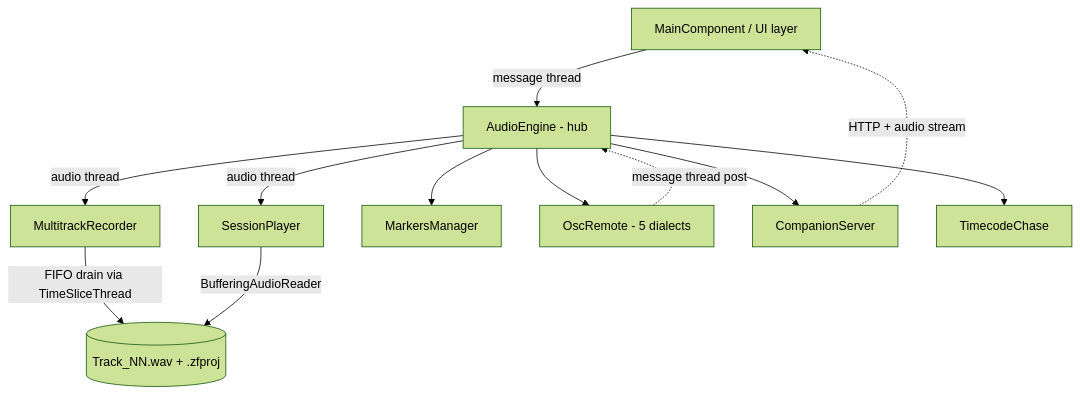
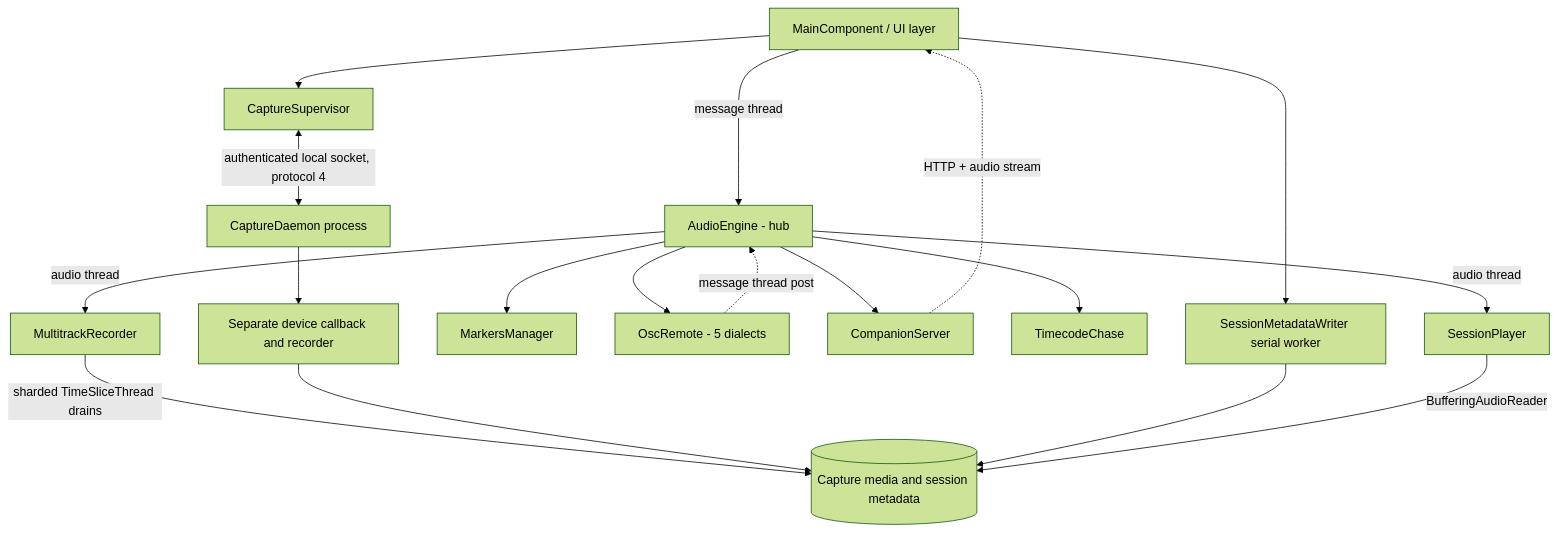
One commit to jeanpierreboutros-lang/ZynforgeRecording changed the first of 2 diagrams in architecture.md. Above: the diagram before and after it, drawn with Mermaid (forest theme). The commit also changed other lines of this file and 31 other files, not shown here.

````diff
--- a/architecture.md
+++ b/architecture.md
@@ -54,24 +64,30 @@
 ```mermaid
 graph TB
     UI[MainComponent / UI layer]
     Eng[AudioEngine - hub]
     Rec[MultitrackRecorder]
     Play[SessionPlayer]
     Mark[MarkersManager]
     OSC[OscRemote - 5 dialects]
     Net[CompanionServer]
     TC[TimecodeChase]
-    Disk[(Track_NN.wav + .zfproj)]
+    Disk[(Capture media and session metadata)]
 
     UI -->|message thread| Eng
     Eng -->|audio thread| Rec
     Eng -->|audio thread| Play
-    Rec -->|FIFO drain via TimeSliceThread| Disk
+    Rec -->|sharded TimeSliceThread drains| Disk
+    UI --> Supervisor[CaptureSupervisor]
+    Supervisor <-->|authenticated local socket, protocol 4| Daemon[CaptureDaemon process]
+    Daemon --> DaemonRec[Separate device callback and recorder]
+    DaemonRec --> Disk
+    UI --> Metadata[SessionMetadataWriter serial worker]
+    Metadata --> Disk
     Play -->|BufferingAudioReader| Disk
     Eng --> Mark
     Eng --> OSC
     Eng --> Net
     Eng --> TC
     OSC -.->|message thread post| Eng
     Net -.->|HTTP + audio stream| UI
 ```
````
